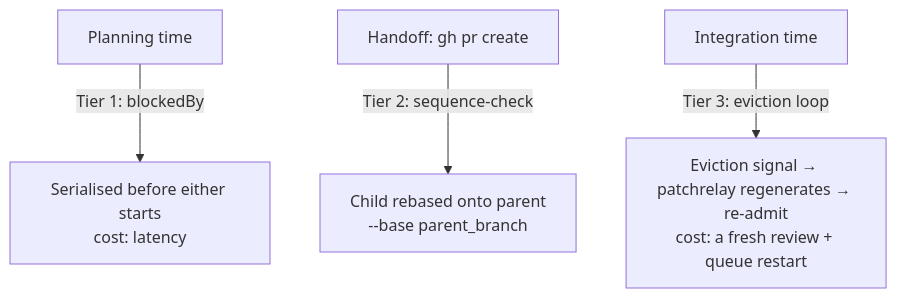
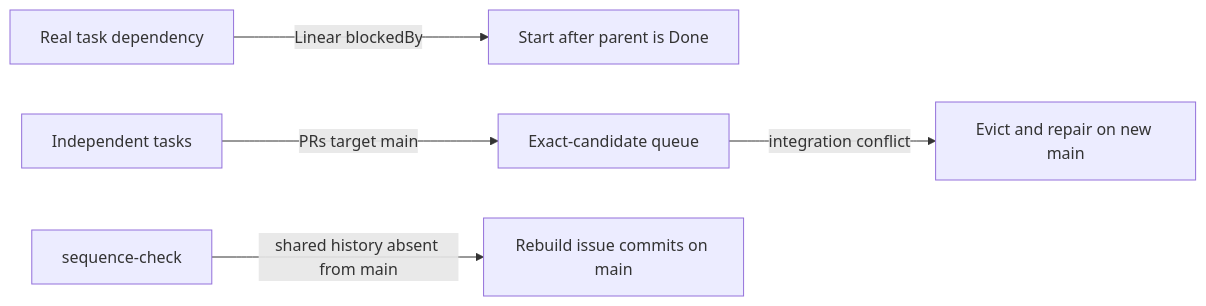
Before and after one commit to krasnoperov/patchrelay: the third of 3 diagrams in docs/concepts.md, drawn with Mermaid. The commit also changed other lines of this file and 23 other files, not shown here.

````diff
--- a/docs/concepts.md
+++ b/docs/concepts.md
@@ -219,14 +231,7 @@
 ```mermaid
-flowchart TD
-    Plan[Planning time]
-    Hand[Handoff: gh pr create]
-    Land[Integration time]
-
-    Plan -->|Tier 1: blockedBy| Sequenced
-    Hand -->|Tier 2: sequence-check| Stacked
-    Land -->|Tier 3: eviction loop| Repaired
-
-    Sequenced[Serialised before either starts<br/>cost: latency]
-    Stacked[Child rebased onto parent<br/>--base parent_branch]
-    Repaired[Eviction signal → patchrelay regenerates → re-admit<br/>cost: a fresh review + queue restart]
+flowchart LR
+    Dependency[Real task dependency] -->|Linear blockedBy| Serial[Start after parent is Done]
+    Independent[Independent tasks] -->|PRs target main| Queue[Exact-candidate queue]
+    Queue -->|integration conflict| Repair[Evict and repair on new main]
+    Guard[sequence-check] -->|shared history absent from main| Rebuild[Rebuild issue commits on main]
 ```
````
